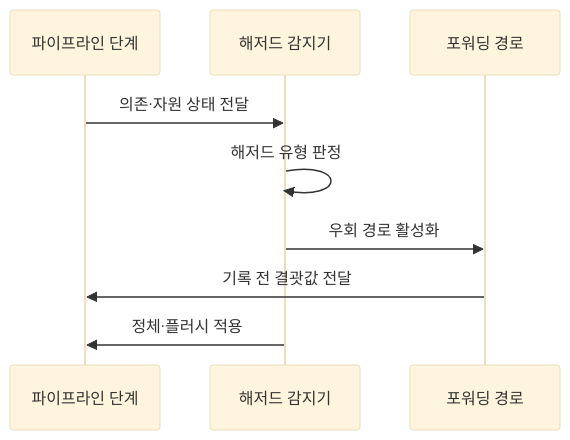
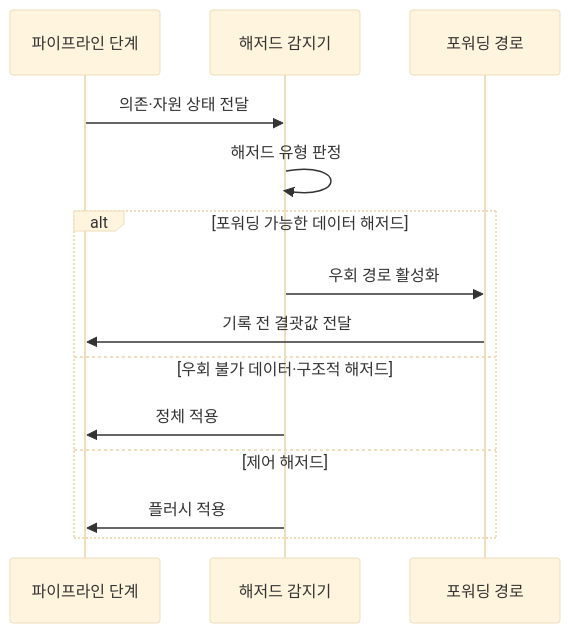
One commit to agnusdei1207/knowledge-base changed the second of 2 diagrams in src/content/docs/notes/02-hardware/007_pipeline_hazards.md. Above: the diagram before and after it, drawn with Mermaid (base theme). The commit also changed other lines of this file and 7 other files, not shown here.

````diff
--- a/src/content/docs/notes/02-hardware/007_pipeline_hazards.md
+++ b/src/content/docs/notes/02-hardware/007_pipeline_hazards.md
@@ -92,11 +92,16 @@
 ```mermaid
 sequenceDiagram
     participant P as 파이프라인 단계
     participant H as 해저드 감지기
     participant F as 포워딩 경로
     P->>H: 의존·자원 상태 전달
     H->>H: 해저드 유형 판정
-    H->>F: 우회 경로 활성화
-    F->>P: 기록 전 결괏값 전달
-    H->>P: 정체·플러시 적용
+    alt 포워딩 가능한 데이터 해저드
+        H->>F: 우회 경로 활성화
+        F->>P: 기록 전 결괏값 전달
+    else 우회 불가 데이터·구조적 해저드
+        H->>P: 정체 적용
+    else 제어 해저드
+        H->>P: 플러시 적용
+    end
 ```
````
